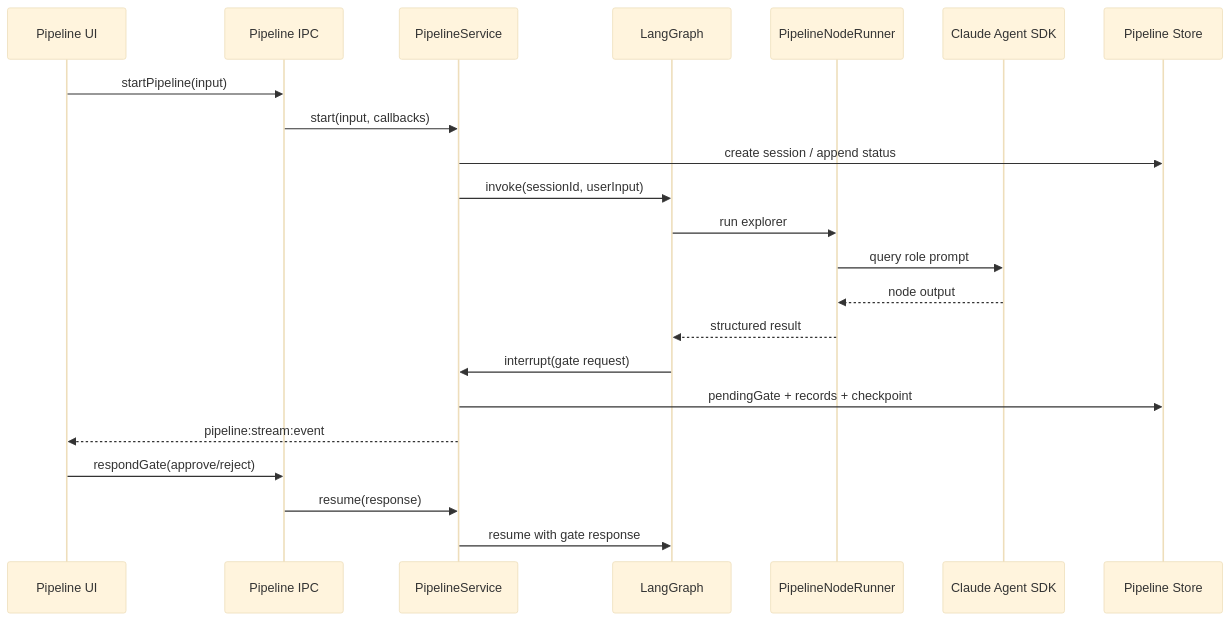
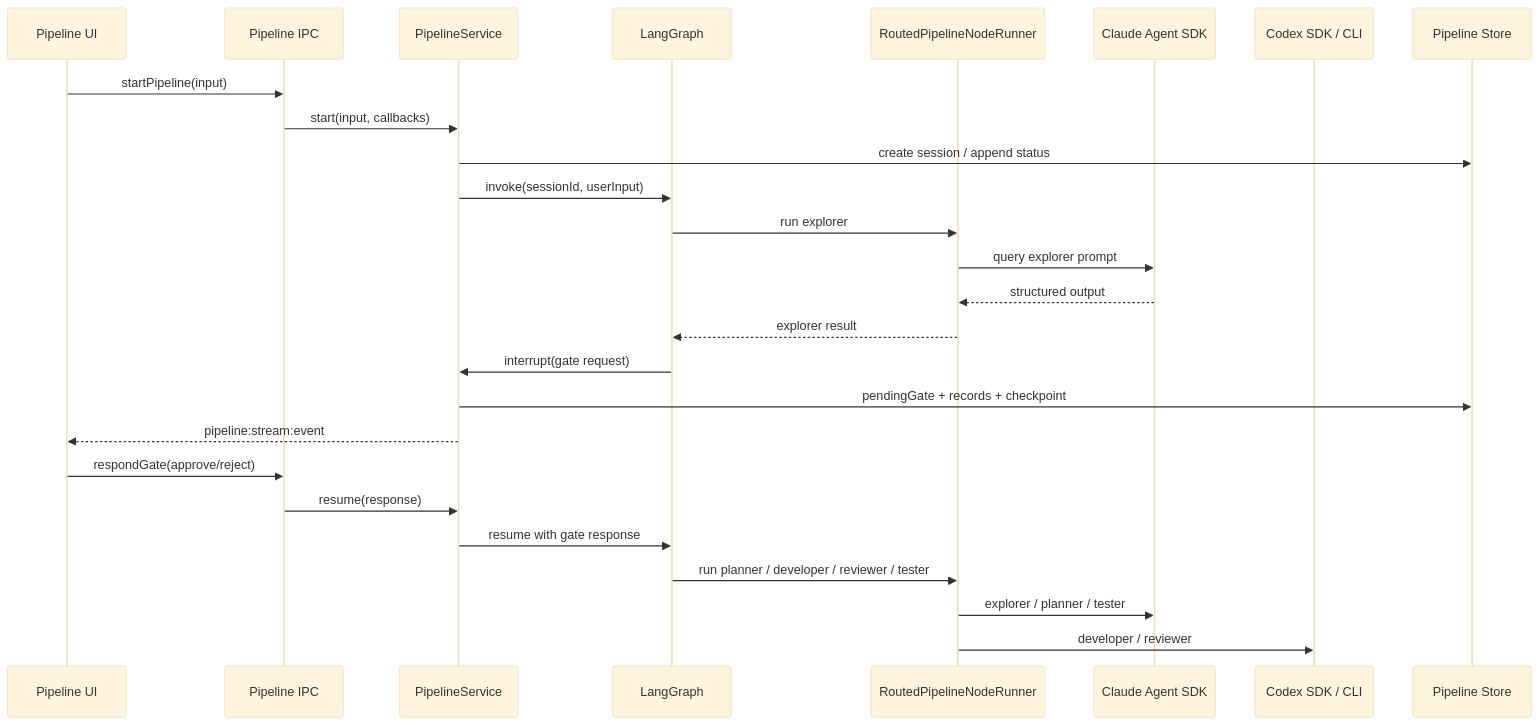
Before and after one commit to zcxGGmu/RV-Insights: the seventh of 9 diagrams in README.md, drawn with Mermaid (base theme). The commit also changed other lines of this file, not shown here.

Commit message:
docs: improve pipeline README

````diff
--- a/README.md
+++ b/README.md
@@ -470,25 +505,29 @@
 ```mermaid
 sequenceDiagram
   participant UI as Pipeline UI
   participant IPC as Pipeline IPC
   participant Service as PipelineService
   participant Graph as LangGraph
-  participant Runner as PipelineNodeRunner
-  participant SDK as Claude Agent SDK
+  participant Router as RoutedPipelineNodeRunner
+  participant Claude as Claude Agent SDK
+  participant Codex as Codex SDK / CLI
   participant Store as Pipeline Store
 
   UI->>IPC: startPipeline(input)
   IPC->>Service: start(input, callbacks)
   Service->>Store: create session / append status
   Service->>Graph: invoke(sessionId, userInput)
-  Graph->>Runner: run explorer
-  Runner->>SDK: query role prompt
-  SDK-->>Runner: node output
-  Runner-->>Graph: structured result
+  Graph->>Router: run explorer
+  Router->>Claude: query explorer prompt
+  Claude-->>Router: structured output
+  Router-->>Graph: explorer result
   Graph->>Service: interrupt(gate request)
   Service->>Store: pendingGate + records + checkpoint
   Service-->>UI: pipeline:stream:event
   UI->>IPC: respondGate(approve/reject)
   IPC->>Service: resume(response)
   Service->>Graph: resume with gate response
+  Graph->>Router: run planner / developer / reviewer / tester
+  Router->>Claude: explorer / planner / tester
+  Router->>Codex: developer / reviewer
 ```
````
